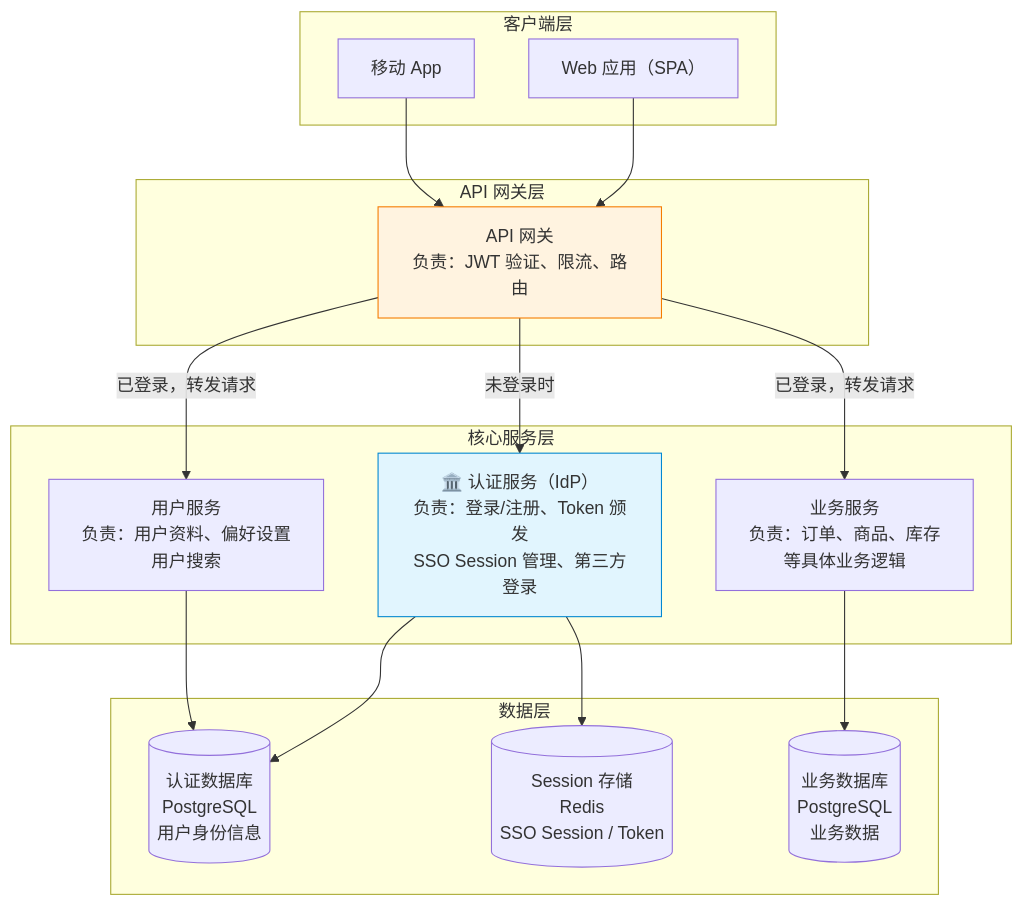
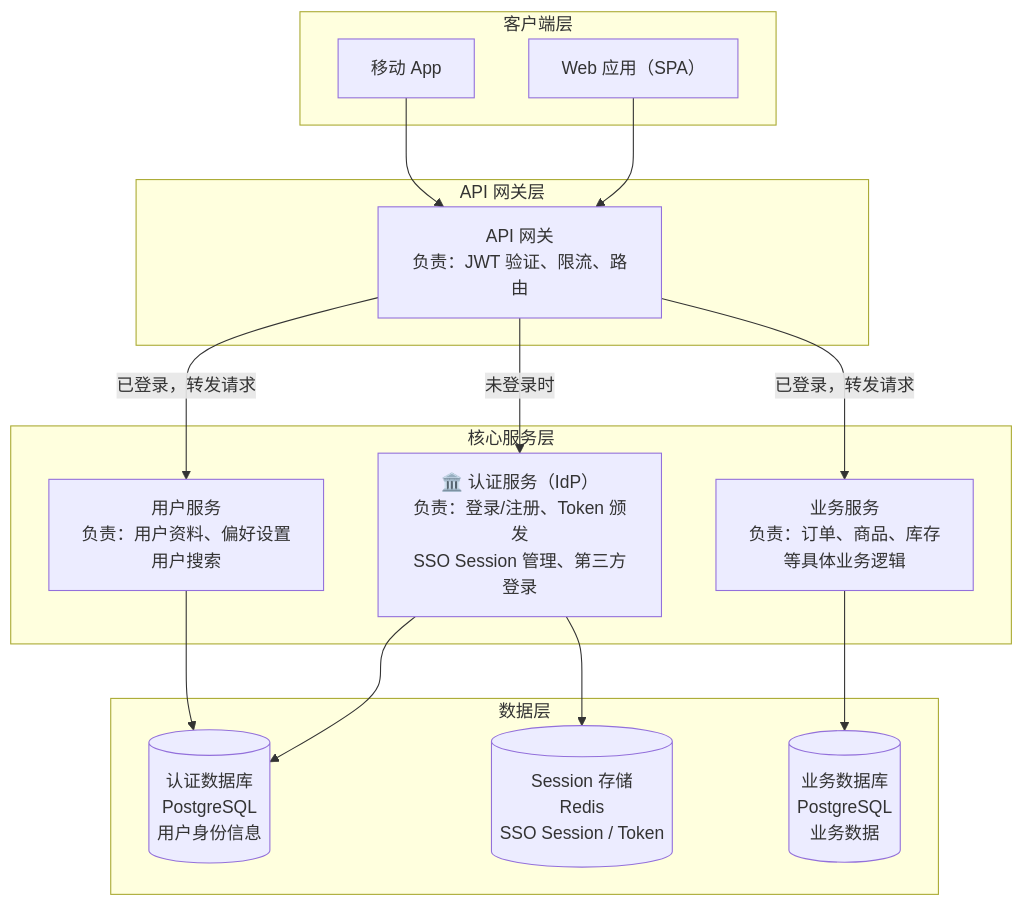
One commit to luohuidong/auth-tutorial changed the eighth of 10 diagrams in docs/sso-architecture.md. Above: the diagram before and after it, drawn with Mermaid. The commit also changed other lines of this file and 8 other files, not shown here.

First line of the commit message:
docs: 移除 mermaid 图表硬编码颜色以兼容 light/dark theme

````diff
--- a/docs/sso-architecture.md
+++ b/docs/sso-architecture.md
@@ -546,36 +546,34 @@
 ```mermaid
 flowchart TB
     subgraph Client["客户端层"]
         Web["Web 应用（SPA）"]
         Mobile["移动 App"]
     end
 
     subgraph Gateway["API 网关层"]
         GW["API 网关\n负责：JWT 验证、限流、路由"]
     end
 
     subgraph Core["核心服务层"]
         Auth["🏛️ 认证服务（IdP）\n负责：登录/注册、Token 颁发\nSSO Session 管理、第三方登录"]
         User["用户服务\n负责：用户资料、偏好设置\n用户搜索"]
         Biz["业务服务\n负责：订单、商品、库存\n等具体业务逻辑"]
     end
 
     subgraph Data["数据层"]
         AuthDB[("认证数据库\nPostgreSQL\n用户身份信息")]
         SessionStore[("Session 存储\nRedis\nSSO Session / Token")]
         BizDB[("业务数据库\nPostgreSQL\n业务数据")]
     end
 
     Web --> GW
     Mobile --> GW
     GW -->|"未登录时"| Auth
     GW -->|"已登录，转发请求"| Biz
     GW -->|"已登录，转发请求"| User
     Auth --> AuthDB
     Auth --> SessionStore
     Biz --> BizDB
     User --> AuthDB
 
-    style Auth fill:#e1f5fe,stroke:#0288d1
-    style GW fill:#fff3e0,stroke:#f57c00
 ```
````
